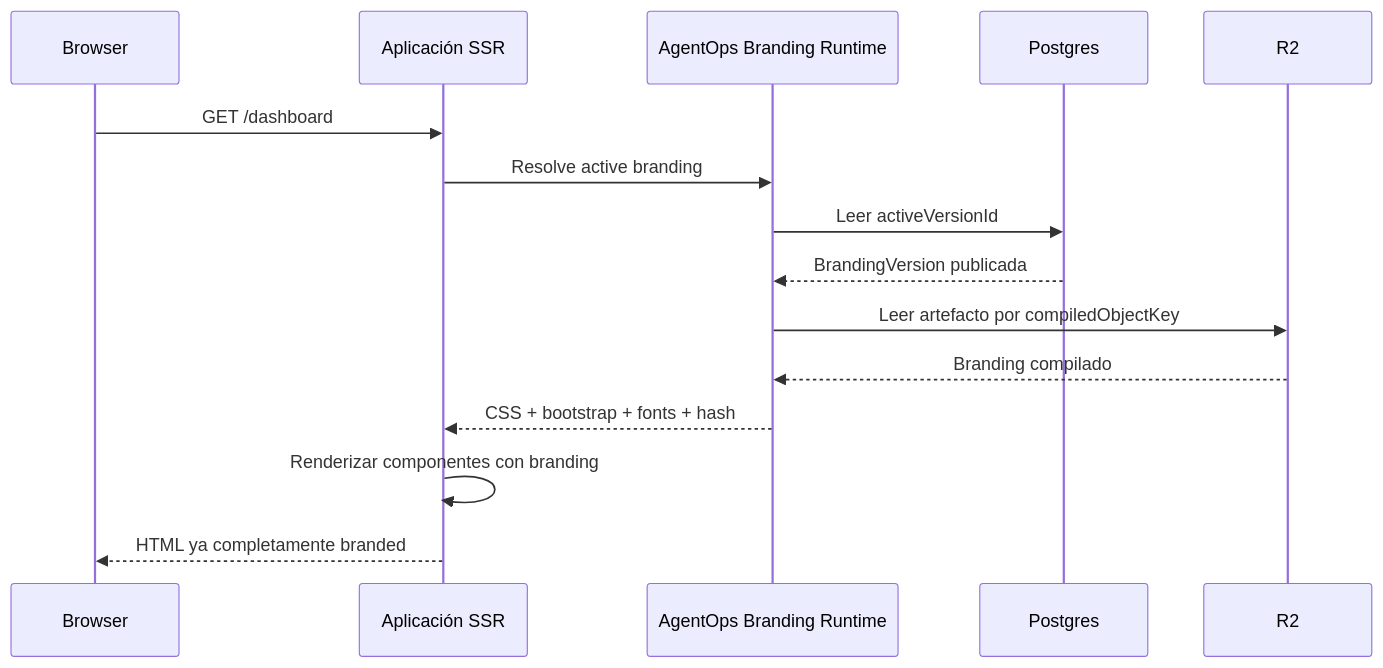
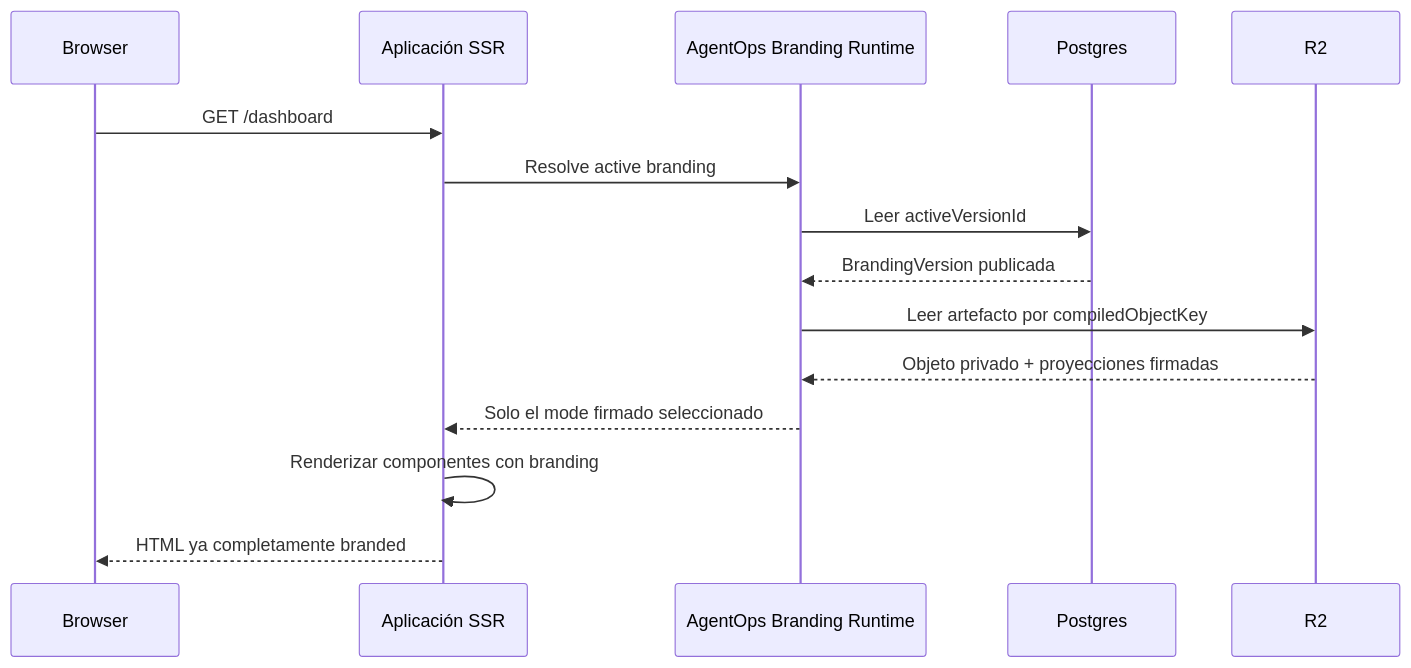
The diagram in AGENTOPS_WORKSPACE_BRANDING_IMPLEMENTATION_PLAN.md (lemn-ltd/ui), drawn with Mermaid before and after one commit. The commit also changed other lines of this file and 31 other files, not shown here.

Commit message:
feat(branding): ship signed mode runtime contract

````diff
--- a/AGENTOPS_WORKSPACE_BRANDING_IMPLEMENTATION_PLAN.md
+++ b/AGENTOPS_WORKSPACE_BRANDING_IMPLEMENTATION_PLAN.md
@@ -571,18 +579,18 @@
 ```mermaid
 sequenceDiagram
     participant B as Browser
     participant APP as Aplicación SSR
     participant RT as AgentOps Branding Runtime
     participant DB as Postgres
     participant R2 as R2
 
     B->>APP: GET /dashboard
     APP->>RT: Resolve active branding
     RT->>DB: Leer activeVersionId
     DB-->>RT: BrandingVersion publicada
     RT->>R2: Leer artefacto por compiledObjectKey
-    R2-->>RT: Branding compilado
-    RT-->>APP: CSS + bootstrap + fonts + hash
+    R2-->>RT: Objeto privado + proyecciones firmadas
+    RT-->>APP: Solo el mode firmado seleccionado
     APP->>APP: Renderizar componentes con branding
     APP-->>B: HTML ya completamente branded
 ```
````
